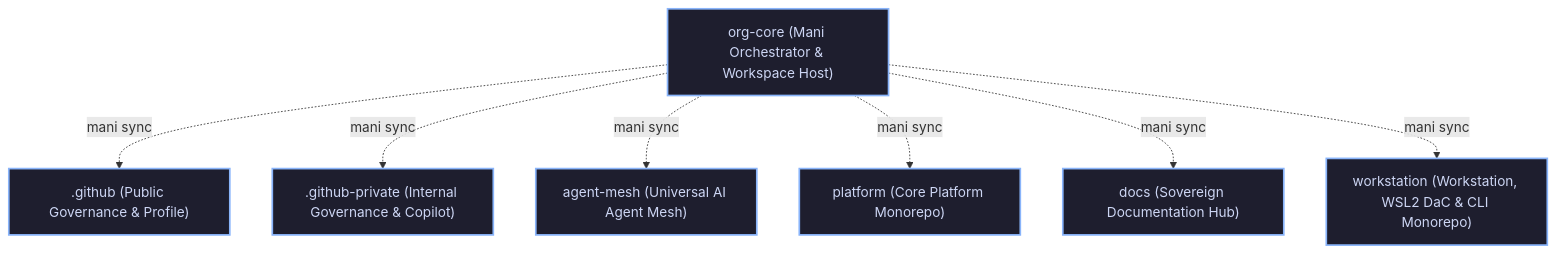
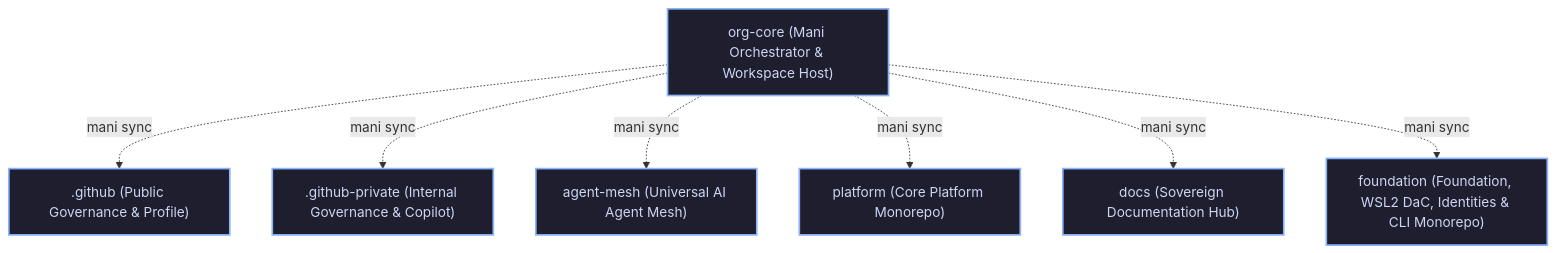
The first of 2 diagrams in README.md (tupynambalucas-dev/org), drawn with Mermaid before and after one commit. The commit also changed other lines of this file and 6 other files, not shown here.

Commit message:
chore(infra): evolve workstation repository orchestration to foundation

````diff
--- a/README.md
+++ b/README.md
@@ -11,16 +11,16 @@
 ```mermaid
 flowchart TD
   direction TB
 
   Host["org-core (Mani Orchestrator & Workspace Host)"]
 
   Host -. "mani sync" .-> Repo1[".github (Public Governance & Profile)"]
   Host -. "mani sync" .-> Repo2[".github-private (Internal Governance & Copilot)"]
   Host -. "mani sync" .-> Repo3["agent-mesh (Universal AI Agent Mesh)"]
   Host -. "mani sync" .-> Repo4["platform (Core Platform Monorepo)"]
   Host -. "mani sync" .-> Repo5["docs (Sovereign Documentation Hub)"]
-  Host -. "mani sync" .-> Repo6["workstation (Workstation, WSL2 DaC & CLI Monorepo)"]
+  Host -. "mani sync" .-> Repo6["foundation (Foundation, WSL2 DaC, Identities & CLI Monorepo)"]
 
   classDef repo fill:#1e1e2e,stroke:#89b4fa,stroke-width:2px,color:#cdd6f4;
   class Host,Repo1,Repo2,Repo3,Repo4,Repo5,Repo6 repo;
 ```
````
